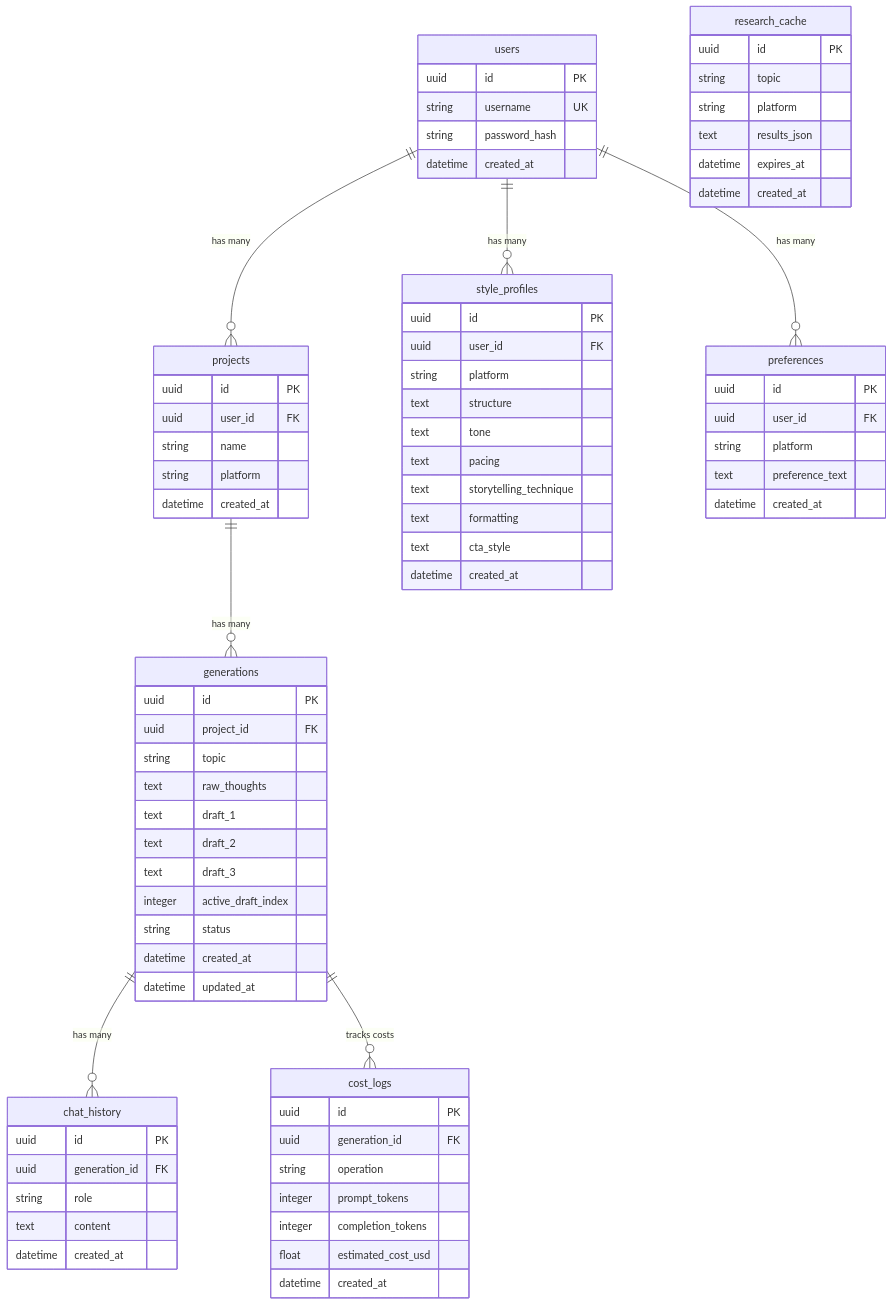
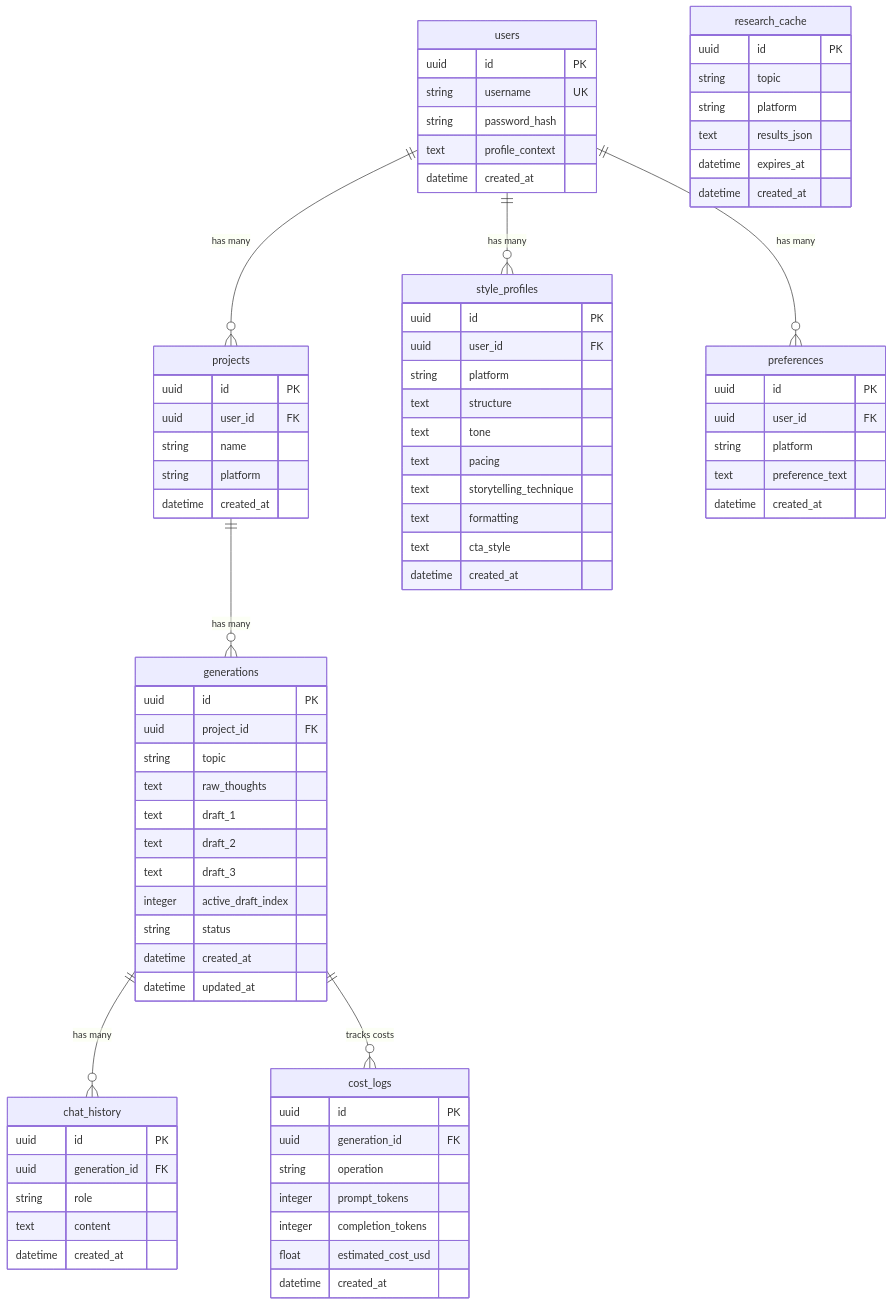
Before and after one commit to xShikhar/PostCraft-AI: the fifth of 5 diagrams in PostCraft_AI_Complete_Documentation.md, drawn with Mermaid. The commit also changed other lines of this file and 48 other files, not shown here.

Commit message:
feat: complete LangGraph migration, app/core architecture, profile context, and mastery guide

```diff
--- a/PostCraft_AI_Complete_Documentation.md
+++ b/PostCraft_AI_Complete_Documentation.md
@@ -362,6 +292,7 @@
         uuid id PK
         string username UK
         string password_hash
+        text profile_context
         datetime created_at
     }
 
```
